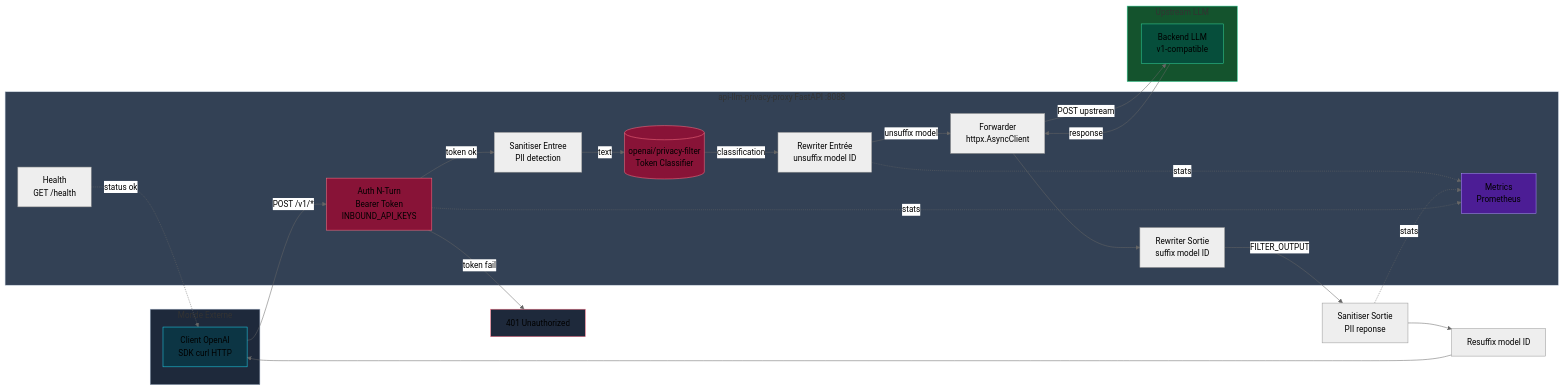
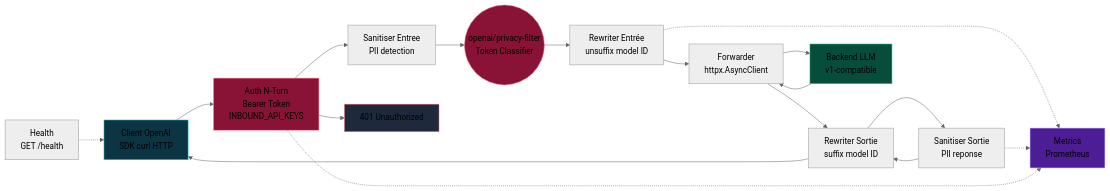
Before and after one commit to ynotopec/api-llm-privacy-proxy: the second of 7 diagrams in doc/architecture.md, drawn with Mermaid (neutral theme). The commit also changed other lines of this file, not shown here.

First line of the commit message:
fix: final Mermaid rendering fixes

````diff
--- a/doc/architecture.md
+++ b/doc/architecture.md
@@ -56,50 +52,41 @@
 ```mermaid
 graph LR
-    subgraph EXTERNAL[Monde Externe]
-        C[Client OpenAI<br>SDK curl HTTP]
-    end
+    Client[Client OpenAI<br/>SDK curl HTTP]
+    AUTH[Auth N-Turn<br/>Bearer Token<br/>INBOUND_API_KEYS]
+    SAN1[Sanitiser Entree<br/>PII detection]
+    MODEL((openai/privacy-filter<br/>Token Classifier))
+    RWIN[Rewriter Entrée<br/>unsuffix model ID]
+    FWD[Forwarder<br/>httpx.AsyncClient]
+    RWO[Rewriter Sortie<br/>suffix model ID]
+    SAN2[Sanitiser Sortie<br/>PII reponse]
+    METRICS[Metrics<br/>Prometheus]
+    HEALTH[Health<br/>GET /health]
+    REJECT[401 Unauthorized]
+    LLM[Backend LLM<br/>v1-compatible]
 
-    subgraph PROXY[api-llm-privacy-proxy FastAPI :8088]
-        AUTH[Auth N-Turn<br>Bearer Token<br>INBOUND_API_KEYS]
-        SAN1[Sanitiser Entree<br>PII detection]
-        MODEL[(openai/privacy-filter<br>Token Classifier)]
-        REWRITE_IN[Rewriter Entrée<br>unsuffix model ID]
-        FWD[Forwarder<br>httpx.AsyncClient]
-        REWRITE_OUT[Rewriter Sortie<br>suffix model ID]
-        METRICS[Metrics<br>Prometheus]
-        HEALTH[Health<br>GET /health]
-    end
+    Client --> AUTH
+    AUTH --> SAN1
+    AUTH --> REJECT
 
-    subgraph UPSTREAM[Upstream LLM]
-        LLM[Backend LLM<br>v1-compatible]
-    end
+    SAN1 --> MODEL
+    MODEL --> RWIN
+    RWIN --> FWD
+    FWD --> LLM
+    LLM --> FWD
+    FWD --> RWO
+    RWO --> SAN2
+    SAN2 --> RWO
+    RWO --> Client
 
-    C -->|POST /v1/*| AUTH
-    AUTH -->|token ok| SAN1
-    AUTH -->|token fail| REJECT[401 Unauthorized]
+    RWIN -.-> METRICS
+    SAN2 -.-> METRICS
+    AUTH -.-> METRICS
+    HEALTH -.-> Client
 
-    SAN1 -->|text| MODEL
-    MODEL -->|classification| REWRITE_IN
-    REWRITE_IN -->|unsuffix model| FWD
-    FWD -->|POST upstream| LLM
-    LLM -->|response| FWD
-    FWD --> REWRITE_OUT
-    REWRITE_OUT -->|FILTER_OUTPUT| OUT_SAN[Sanitiser Sortie<br>PII reponse]
-    OUT_SAN --> REWRITE_OUT2[Resuffix model ID]
-    REWRITE_OUT2 --> C
-
-    REWRITE_IN -.->|stats| METRICS
-    OUT_SAN -.->|stats| METRICS
-    AUTH -.->|stats| METRICS
-    HEALTH -.->|status ok| C
-
-    style EXTERNAL fill:#1e293b,stroke:#94a3b8
-    style PROXY fill:#334155,stroke:#cbd5e1
-    style UPSTREAM fill:#14532d,stroke:#34d399
-    style C fill:#0c3544,stroke:#22d3ee
+    style Client fill:#0c3544,stroke:#22d3ee
     style AUTH fill:#881337,stroke:#fb7185
     style METRICS fill:#4c1d95,stroke:#a78bfa
     style LLM fill:#064e3b,stroke:#34d399
     style MODEL fill:#881337,stroke:#fb7185
     style REJECT fill:#1e293b,stroke:#fb7185
 ```
````
